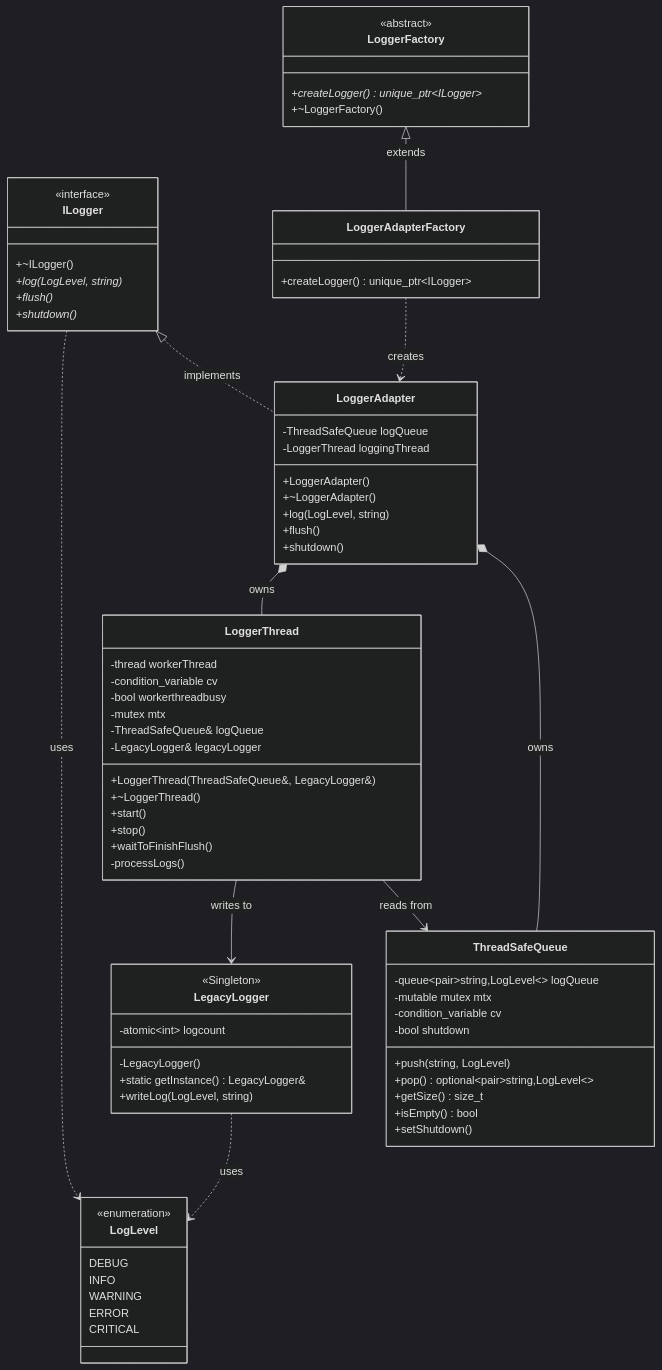
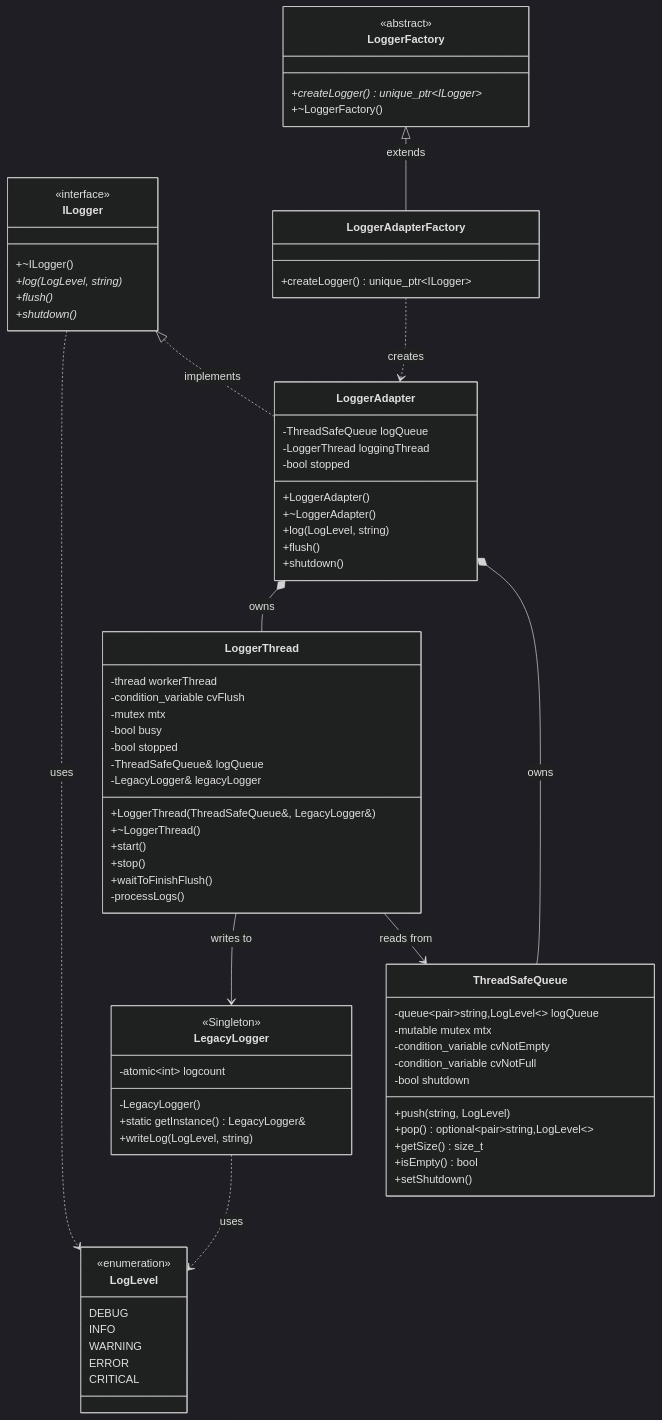
The first of 3 diagrams in Design_patterns/Design_pattern_project/Design_doc/Thread_Safe_Logger_Design.md (Pavan-Learning/my_cpp_program), drawn with Mermaid (dark theme) before and after one commit. The commit also changed other lines of this file and 12 other files, not shown here.

```diff
--- a/Design_patterns/Design_pattern_project/Design_doc/Thread_Safe_Logger_Design.md
+++ b/Design_patterns/Design_pattern_project/Design_doc/Thread_Safe_Logger_Design.md
@@ -59,6 +59,7 @@
     class LoggerAdapter {
         -ThreadSafeQueue logQueue
         -LoggerThread loggingThread
+        -bool stopped
         +LoggerAdapter()
         +~LoggerAdapter()
         +log(LogLevel, string)
@@ -69,7 +70,8 @@
     class ThreadSafeQueue {
         -queue~pair~string,LogLevel~~ logQueue
         -mutable mutex mtx
-        -condition_variable cv
+        -condition_variable cvNotEmpty
+        -condition_variable cvNotFull
         -bool shutdown
         +push(string, LogLevel)
         +pop() optional~pair~string,LogLevel~~
@@ -80,9 +82,10 @@
 
     class LoggerThread {
         -thread workerThread
-        -condition_variable cv
-        -bool workerthreadbusy
+        -condition_variable cvFlush
         -mutex mtx
+        -bool busy
+        -bool stopped
         -ThreadSafeQueue& logQueue
         -LegacyLogger& legacyLogger
         +LoggerThread(ThreadSafeQueue&, LegacyLogger&)
```
